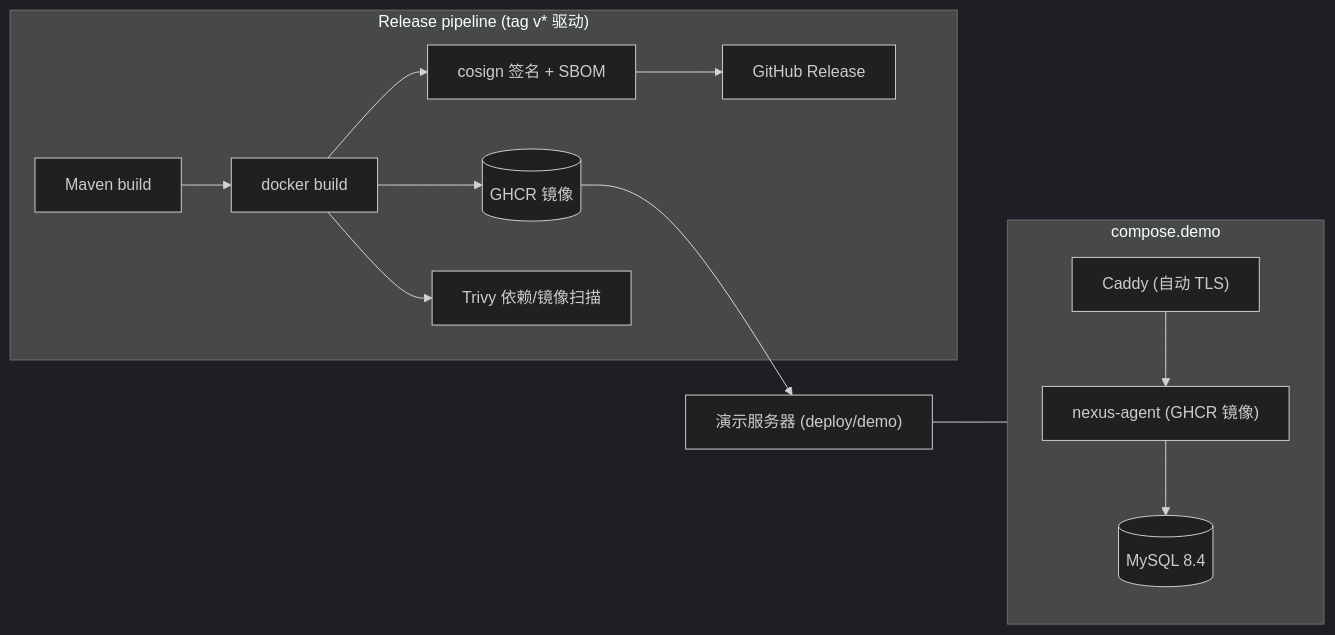
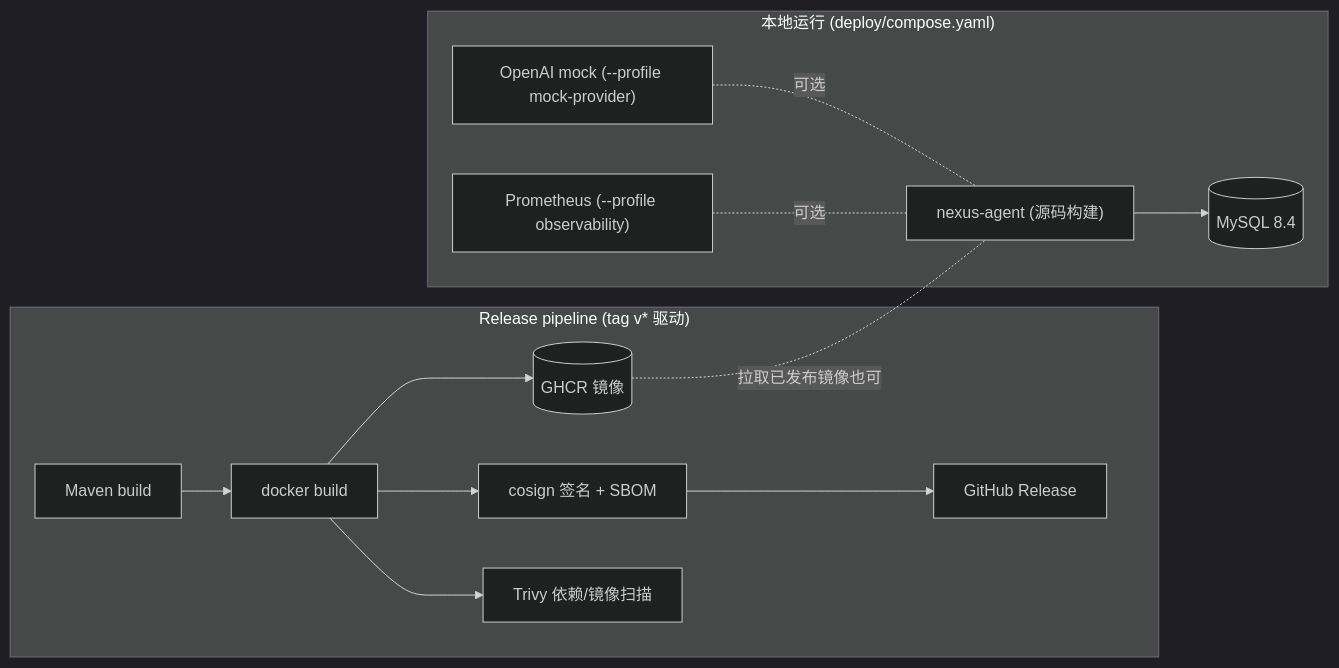
One commit to ck9847/nexus-agent changed the second of 2 diagrams in README.md. Above: the diagram before and after it, drawn with Mermaid (dark theme). The commit also changed other lines of this file and 6 other files, not shown here.

First line of the commit message:
feat: zero-cost local demo via mock provider profile (#30)

````diff
--- a/README.md
+++ b/README.md
@@ -62,16 +87,16 @@
 ```mermaid
 flowchart LR
     subgraph release["Release pipeline (tag v* 驱动)"]
         B["Maven build"] --> I["docker build"]
         I --> G[("GHCR 镜像")]
         I --> S["cosign 签名 + SBOM"]
         I --> T["Trivy 依赖/镜像扫描"]
         S --> R["GitHub Release"]
     end
-    G --> D["演示服务器 (deploy/demo)"]
-    subgraph demo["compose.demo"]
-        C["Caddy (自动 TLS)"] --> APP["nexus-agent (GHCR 镜像)"]
-        APP --> M[("MySQL 8.4")]
+    subgraph local["本地运行 (deploy/compose.yaml)"]
+        APP["nexus-agent (源码构建)"] --> M[("MySQL 8.4")]
+        MOCK["OpenAI mock (--profile mock-provider)"] -.可选.- APP
+        PROM["Prometheus (--profile observability)"] -.可选.- APP
     end
-    D --- demo
+    G -.拉取已发布镜像也可.- APP
 ```
````
